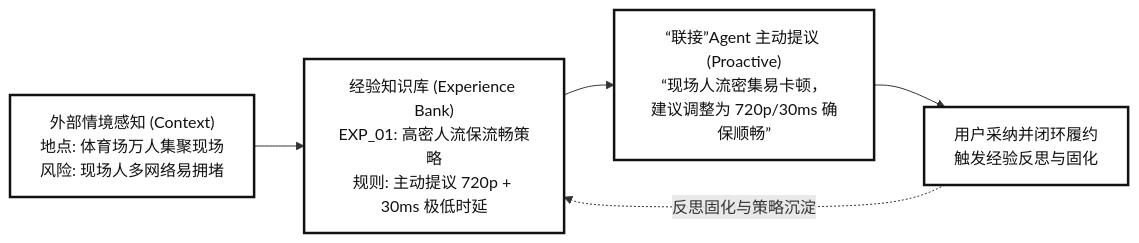
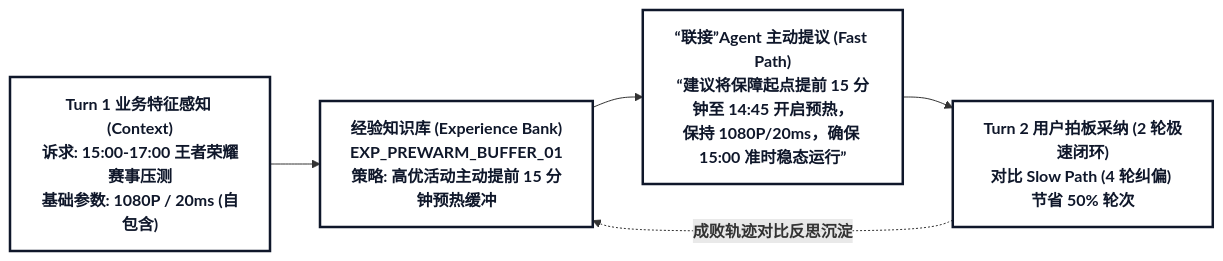
The fifth of 5 diagrams in docs/archive/memory_evolution_proposal.md (wangbanjin1/cross_data_gen), drawn with Mermaid before and after one commit. The commit also changed other lines of this file and 17 other files, not shown here.

Commit message:
docs: reorganize 4-layer doc architecture, convert ASCII to Mermaid, and upgrade HTML visual renderer

````diff
--- a/docs/archive/memory_evolution_proposal.md
+++ b/docs/archive/memory_evolution_proposal.md
@@ -264,11 +262,11 @@
 ```mermaid
 graph LR
-    classDef default fill:#FFFFFF,stroke:#111111,stroke-width:2.5px,color:#111111;
+    classDef default fill:#FFFFFF,stroke:#0F172A,stroke-width:2.5px,color:#0F172A,font-weight:bold;
 
-    Context["外部情境感知 (Context)<br/>地点: 体育场万人集聚现场<br/>风险: 现场人多网络易拥堵"] --> Bank["经验知识库 (Experience Bank)<br/>EXP_01: 高密人流保流畅策略<br/>规则: 主动提议 720p + 30ms 极低时延"]
+    Context["<b>Turn 1 业务特征感知 (Context)<br/>诉求: 15:00-17:00 王者荣耀赛事压测<br/>基础参数: 1080P / 20ms (自包含)</b>"] --> Bank["<b>经验知识库 (Experience Bank)<br/>EXP_PREWARM_BUFFER_01<br/>策略: 高优活动主动提前 15 分钟预热缓冲</b>"]
     
-    Bank --> AgentAction["“联接”Agent 主动提议 (Proactive)<br/>“现场人流密集易卡顿，<br/>建议调整为 720p/30ms 确保顺畅”"]
+    Bank --> AgentAction["<b>“联接”Agent 主动提议 (Fast Path)<br/>“建议将保障起点提前 15 分钟至 14:45 开启预热，<br/>保持 1080P/20ms，确保 15:00 准时稳态运行”</b>"]
     
-    AgentAction --> Feedback["用户采纳并闭环履约<br/>触发经验反思与固化"]
-    Feedback -. 反思固化与策略沉淀 .-> Bank
+    AgentAction --> Feedback["<b>Turn 2 用户拍板采纳 (2 轮极速闭环)<br/>对比 Slow Path (4 轮纠偏) 节省 50% 轮次</b>"]
+    Feedback -.->|"<b>成败轨迹对比反思沉淀</b>"| Bank
 ```
````
